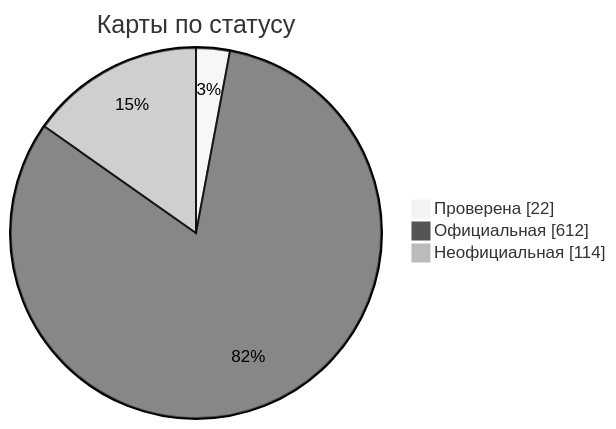
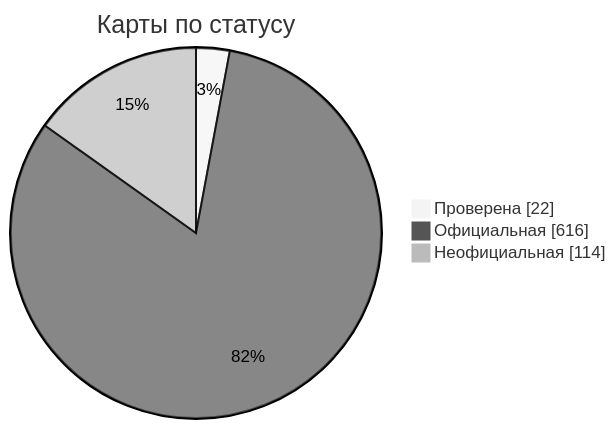
One commit to nobrega8/mbmap-library changed the diagram in docs/readme/README_RU.md. Above: the diagram before and after it, drawn with Mermaid (neutral theme). The commit also changed 9 other files, not shown here.

````diff
--- a/docs/readme/README_RU.md
+++ b/docs/readme/README_RU.md
@@ -54,7 +54,7 @@
 ```mermaid
 pie showData
     title Карты по статусу
     "Проверена" : 22
-    "Официальная" : 612
+    "Официальная" : 616
     "Неофициальная" : 114
 ```
````
